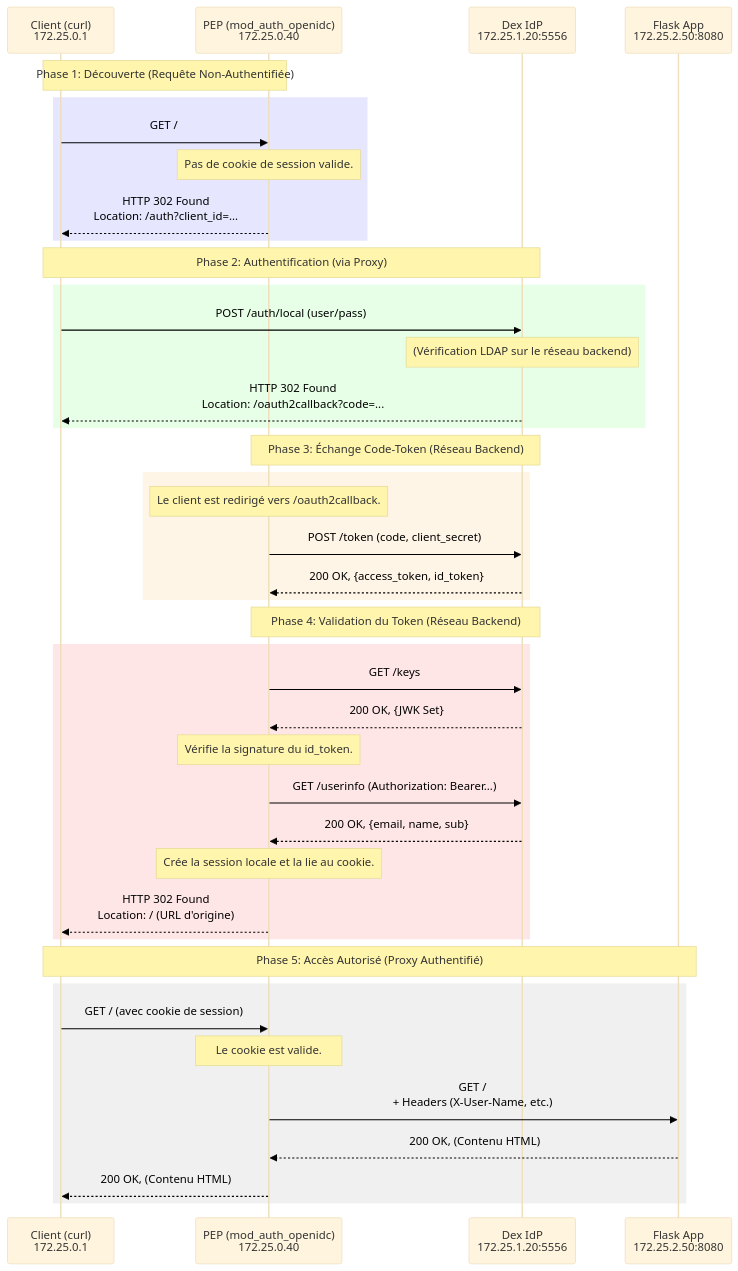
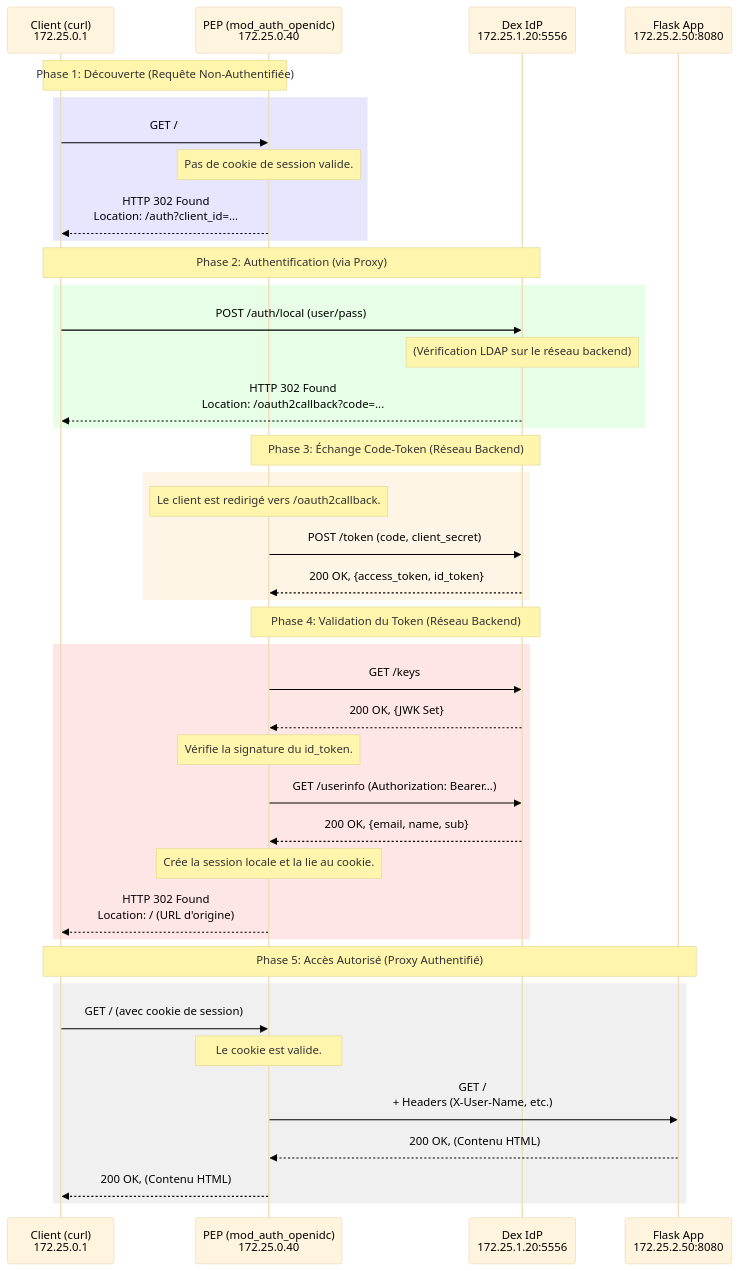
The diagram in observation.md (randomKara/ldap-dex-IDP), drawn with Mermaid before and after one commit.

````diff
--- a/observation.md
+++ b/observation.md
@@ -24,49 +24,49 @@
 ```mermaid
-%%{init: { 'theme': 'base', 'themeVariables': { 'textColor': '#000000' } } }%%
+%%{init: { 'theme': 'base', 'themeVariables': { 'textColor': '#000000', 'actorTextColor': '#000000' } } }%%
 sequenceDiagram
     participant Client as Client (curl)<br>172.25.0.1
     participant PEP as PEP (mod_auth_openidc)<br>172.25.0.40
     participant DexIdP as Dex IdP<br>172.25.1.20:5556
     participant Flask as Flask App<br>172.25.2.50:8080
 
     note over Client, PEP: Phase 1: Découverte (Requête Non-Authentifiée)
     rect rgb(230, 230, 255)
         Client->>PEP: GET /
         note over PEP: Pas de cookie de session valide.
         PEP-->>Client: HTTP 302 Found<br>Location: /auth?client_id=...
     end
 
     note over Client, DexIdP: Phase 2: Authentification (via Proxy)
     rect rgb(230, 255, 230)
         Client->>DexIdP: POST /auth/local (user/pass)
         note over DexIdP: (Vérification LDAP sur le réseau backend)
         DexIdP-->>Client: HTTP 302 Found<br>Location: /oauth2callback?code=...
     end
 
     note over PEP, DexIdP: Phase 3: Échange Code-Token (Réseau Backend)
     rect rgb(255, 245, 230)
         note over PEP: Le client est redirigé vers /oauth2callback.
         PEP->>DexIdP: POST /token (code, client_secret)
         DexIdP-->>PEP: 200 OK, {access_token, id_token}
     end
     
     note over PEP, DexIdP: Phase 4: Validation du Token (Réseau Backend)
     rect rgb(255, 230, 230)
         PEP->>DexIdP: GET /keys
         DexIdP-->>PEP: 200 OK, {JWK Set}
         note over PEP: Vérifie la signature du id_token.
         PEP->>DexIdP: GET /userinfo (Authorization: Bearer...)
         DexIdP-->>PEP: 200 OK, {email, name, sub}
         note over PEP: Crée la session locale et la lie au cookie.
         PEP-->>Client: HTTP 302 Found<br>Location: / (URL d'origine)
     end
 
     note over Client, Flask: Phase 5: Accès Autorisé (Proxy Authentifié)
     rect rgb(240, 240, 240)
         Client->>PEP: GET / (avec cookie de session)
         note over PEP: Le cookie est valide.
         PEP->>Flask: GET /<br>+ Headers (X-User-Name, etc.)
         Flask-->>PEP: 200 OK, (Contenu HTML)
         PEP-->>Client: 200 OK, (Contenu HTML)
     end
 ```
````
